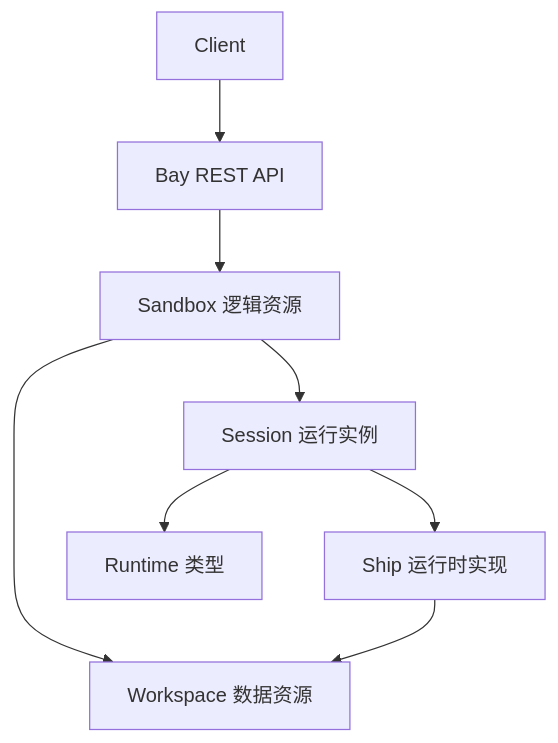
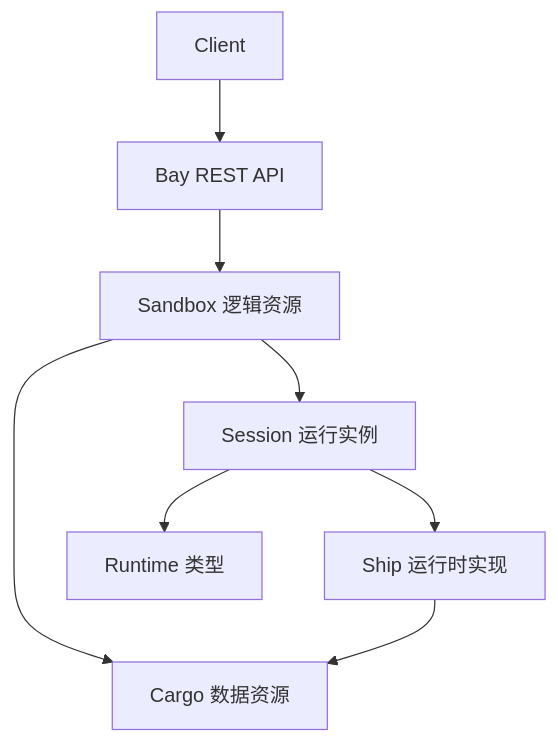
One commit to AstrBotDevs/shipyard-neo changed the diagram in plans/bay-concepts.md. Above: the diagram before and after it, drawn with Mermaid. The commit also changed other lines of this file and 16 other files, not shown here.

First line of the commit message:
docs(plans): rename workspace to cargo across all plan documents (step 3/3)

````diff
--- a/plans/bay-concepts.md
+++ b/plans/bay-concepts.md
@@ -36,11 +36,11 @@
 ```mermaid
 flowchart TD
   Client[Client] --> BayAPI[Bay REST API]
 
   BayAPI --> Sandbox[Sandbox 逻辑资源]
-  Sandbox --> Workspace[Workspace 数据资源]
+  Sandbox --> Cargo[Cargo 数据资源]
   Sandbox --> Session[Session 运行实例]
   Session --> Runtime[Runtime 类型]
   Session --> Ship[Ship 运行时实现]
-  Ship --> Workspace
+  Ship --> Cargo
 ```
````
